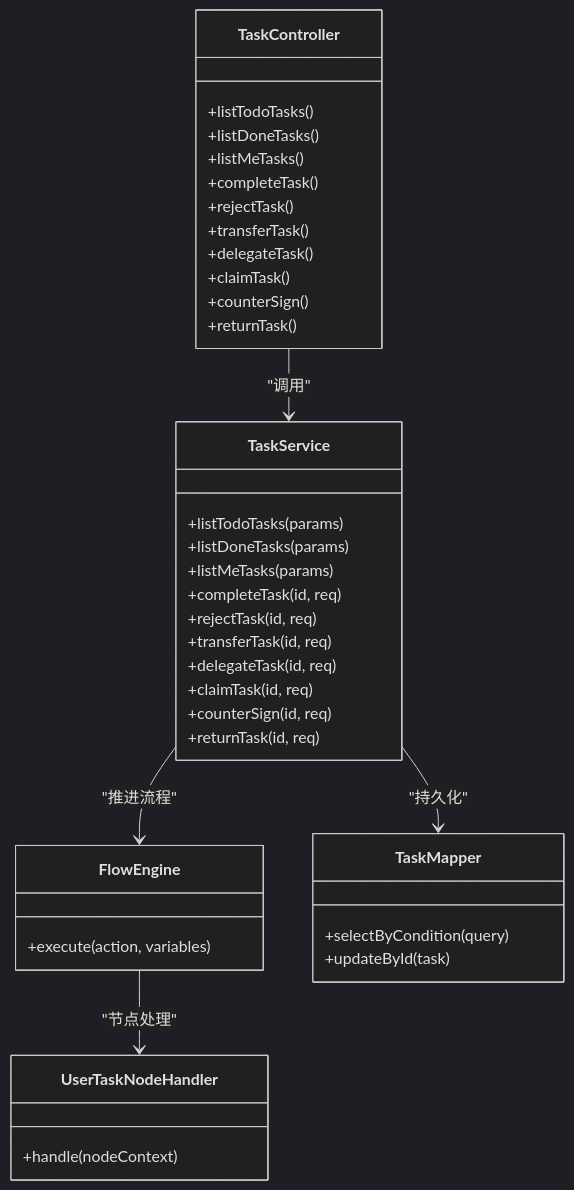
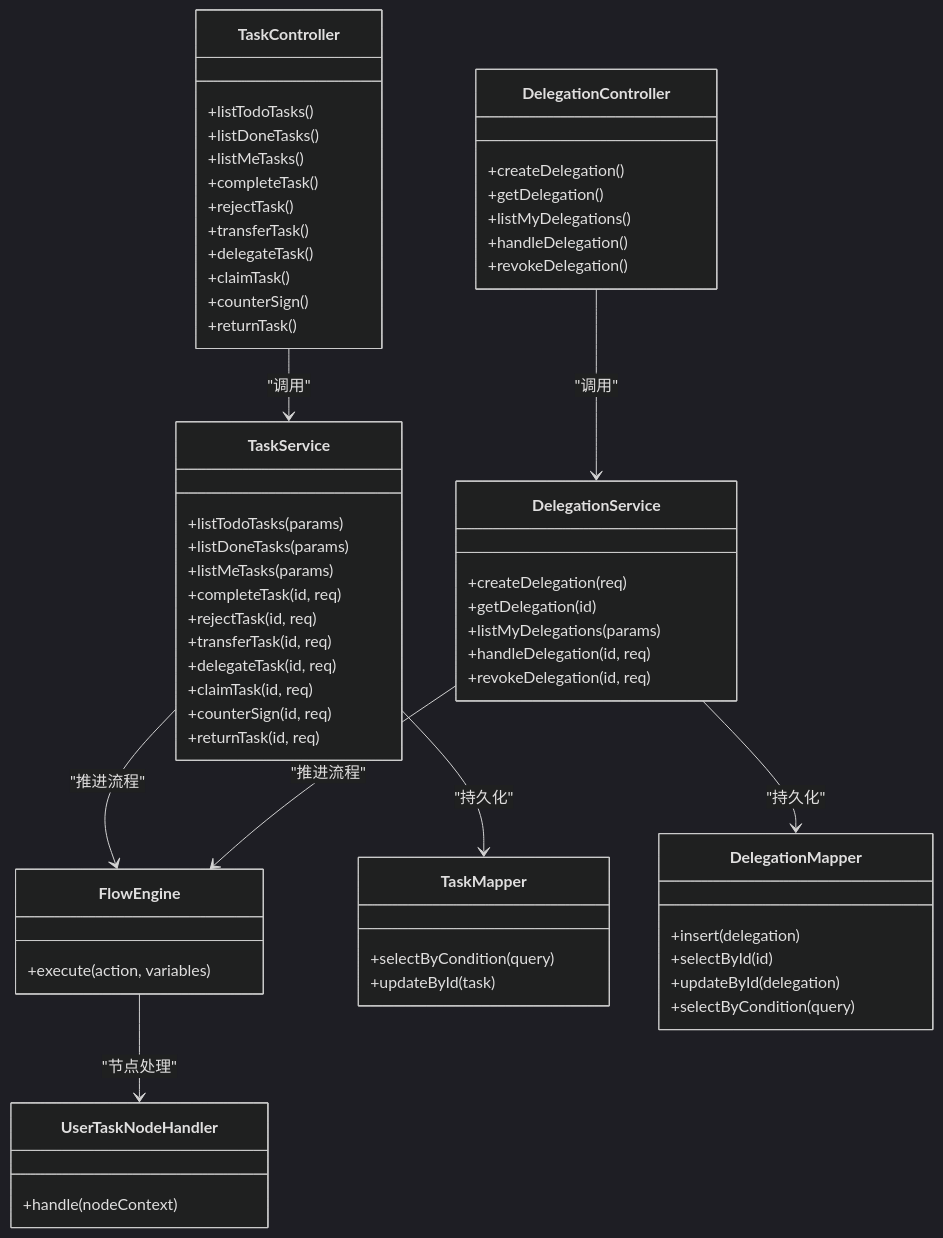
The fourth of 4 diagrams in .qoder/repowiki/zh/content/API接口文档/任务管理API.md (liming-lihaini/workflow), drawn with Mermaid (dark theme) before and after one commit. The commit also changed other lines of this file and 27 other files, not shown here.

````diff
--- a/.qoder/repowiki/zh/content/API接口文档/任务管理API.md
+++ b/.qoder/repowiki/zh/content/API接口文档/任务管理API.md
@@ -495,41 +652,64 @@
 ```mermaid
 classDiagram
 class TaskController {
 +listTodoTasks()
 +listDoneTasks()
 +listMeTasks()
 +completeTask()
 +rejectTask()
 +transferTask()
 +delegateTask()
 +claimTask()
 +counterSign()
 +returnTask()
 }
+class DelegationController {
++createDelegation()
++getDelegation()
++listMyDelegations()
++handleDelegation()
++revokeDelegation()
+}
 class TaskService {
 +listTodoTasks(params)
 +listDoneTasks(params)
 +listMeTasks(params)
 +completeTask(id, req)
 +rejectTask(id, req)
 +transferTask(id, req)
 +delegateTask(id, req)
 +claimTask(id, req)
 +counterSign(id, req)
 +returnTask(id, req)
 }
+class DelegationService {
++createDelegation(req)
++getDelegation(id)
++listMyDelegations(params)
++handleDelegation(id, req)
++revokeDelegation(id, req)
+}
 class FlowEngine {
 +execute(action, variables)
 }
 class UserTaskNodeHandler {
 +handle(nodeContext)
 }
 class TaskMapper {
 +selectByCondition(query)
 +updateById(task)
 }
+class DelegationMapper {
++insert(delegation)
++selectById(id)
++updateById(delegation)
++selectByCondition(query)
+}
 TaskController --> TaskService : "调用"
+DelegationController --> DelegationService : "调用"
 TaskService --> FlowEngine : "推进流程"
+DelegationService --> FlowEngine : "推进流程"
 FlowEngine --> UserTaskNodeHandler : "节点处理"
 TaskService --> TaskMapper : "持久化"
+DelegationService --> DelegationMapper : "持久化"
 ```
````
